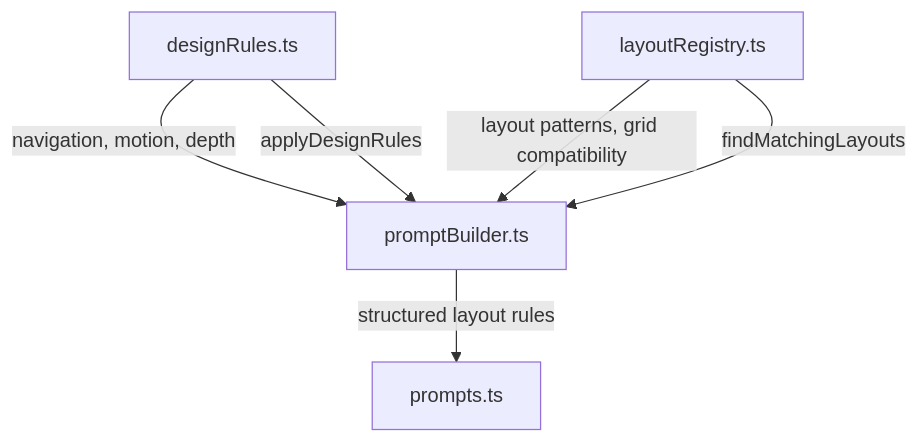
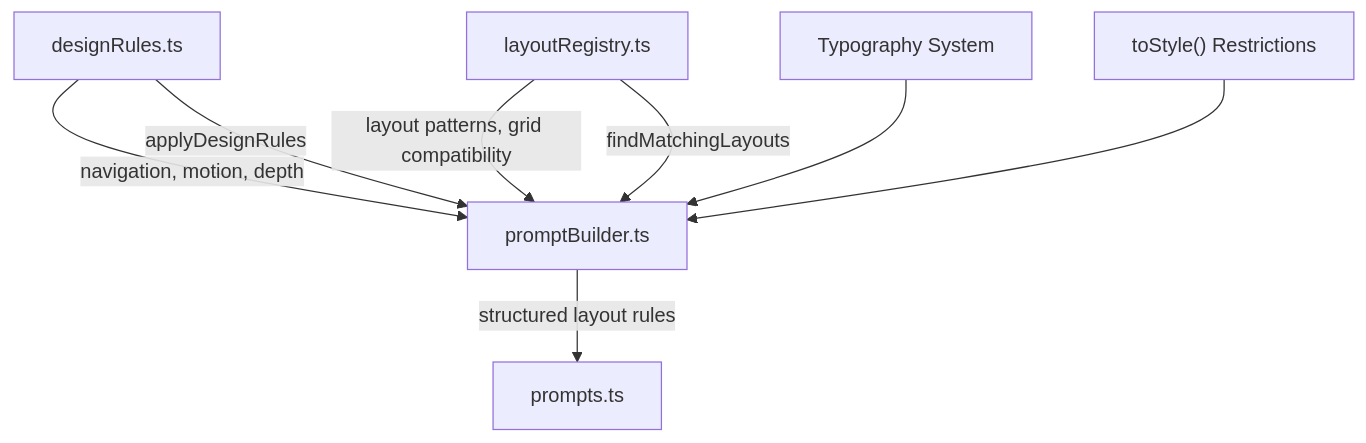
Before and after one commit to shekhargiri005-dotcom/AI-powered-accessibility-first-UI-engine: the eighth of 11 diagrams in .qoder/repowiki/en/content/AI Generation Engine/Core Generation Pipeline/Prompt Engineering & Context Injection.md, drawn with Mermaid. The commit also changed other lines of this file and 24 other files, not shown here.

````diff
--- a/.qoder/repowiki/en/content/AI Generation Engine/Core Generation Pipeline/Prompt Engineering & Context Injection.md
+++ b/.qoder/repowiki/en/content/AI Generation Engine/Core Generation Pipeline/Prompt Engineering & Context Injection.md
@@ -355,8 +404,10 @@
 ```mermaid
 graph TB
 DR["designRules.ts"] --> |navigation, motion, depth| PB["promptBuilder.ts"]
 LR["layoutRegistry.ts"] --> |layout patterns, grid compatibility| PB
 DR --> |applyDesignRules| PB
 LR --> |findMatchingLayouts| PB
 PB --> |structured layout rules| PT["prompts.ts"]
+TS["Typography System"] --> PB
+TOSTYLE["toStyle() Restrictions"] --> PB
 ```
````
